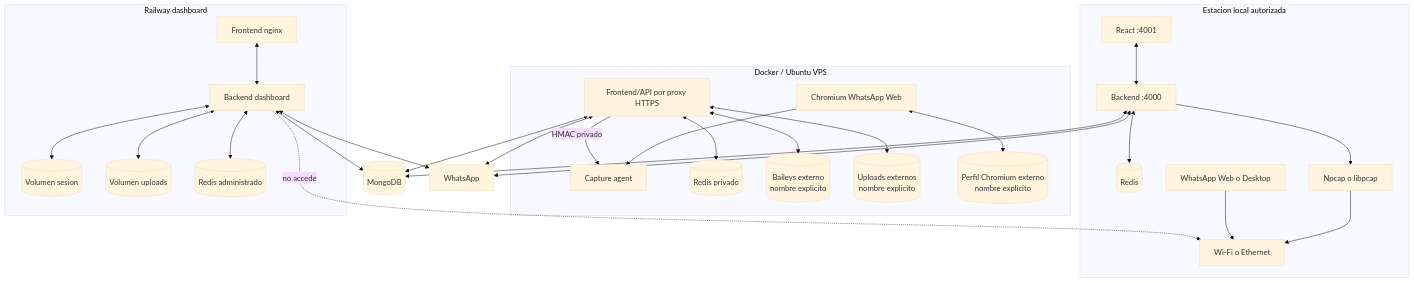
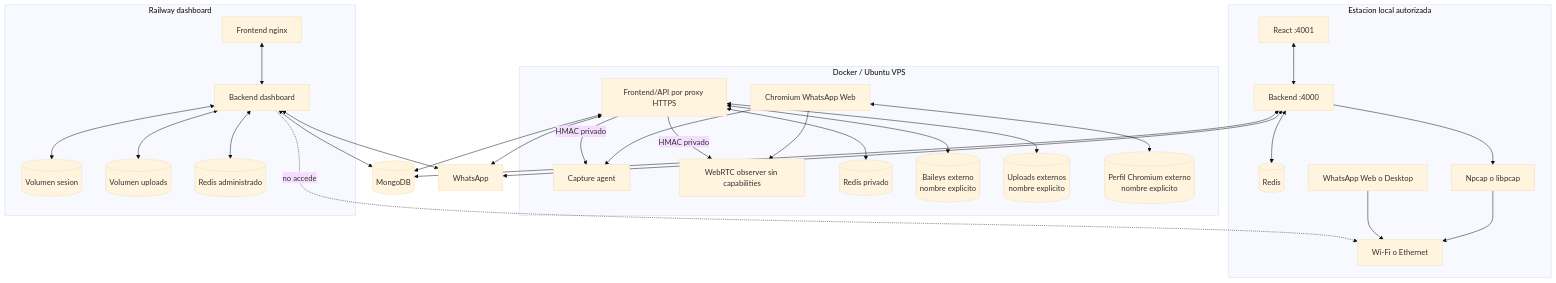
Before and after one commit to deco31416/wp-monitor: the diagram in docs/diagrams/03-deployment-topologies.md, drawn with Mermaid (base theme). The commit also changed other lines of this file and 66 other files, not shown here.

Commit message:
feat: add bounded WebRTC call evidence

````diff
--- a/docs/diagrams/03-deployment-topologies.md
+++ b/docs/diagrams/03-deployment-topologies.md
@@ -7,55 +7,58 @@
 ```mermaid
 flowchart TB
     subgraph Workstation[Estacion local autorizada]
       LocalUI[React :4001]
       LocalAPI[Backend :4000]
       LocalRedis[(Redis)]
       Driver[Npcap o libpcap]
       NIC[Wi-Fi o Ethernet]
       Desktop[WhatsApp Web o Desktop]
       LocalUI <--> LocalAPI
       LocalAPI <--> LocalRedis
       LocalAPI --> Driver --> NIC
       Desktop --> NIC
     end
 
 
     subgraph VPS[Docker / Ubuntu VPS]
       VpsUI[Frontend/API por proxy HTTPS]
       Browser[Chromium WhatsApp Web]
       Agent[Capture agent]
+      Observer[WebRTC observer sin capabilities]
       VpsRedis[(Redis privado)]
       VpsAuth[(Baileys externo\nnombre explicito)]
       VpsUploads[(Uploads externos\nnombre explicito)]
       VpsProfile[(Perfil Chromium externo\nnombre explicito)]
       Browser --> Agent
+      Browser --> Observer
       VpsUI -->|HMAC privado| Agent
+      VpsUI -->|HMAC privado| Observer
       VpsUI <--> VpsRedis
       VpsUI <--> VpsAuth
       VpsUI <--> VpsUploads
       Browser <--> VpsProfile
     end
 
     subgraph Cloud[Railway dashboard]
       CloudUI[Frontend nginx]
       CloudAPI[Backend dashboard]
       AuthVolume[(Volumen sesion)]
       UploadVolume[(Volumen uploads)]
       CloudRedis[(Redis administrado)]
       CloudUI <--> CloudAPI
       CloudAPI <--> AuthVolume
       CloudAPI <--> UploadVolume
       CloudAPI <--> CloudRedis
     end
 
     Mongo[(MongoDB)]
     WA[WhatsApp]
 
     LocalAPI <--> Mongo
     CloudAPI <--> Mongo
     LocalAPI <--> WA
     CloudAPI <--> WA
     VpsUI <--> Mongo
     VpsUI <--> WA
     CloudAPI -. no accede .-> NIC
 ```
````
